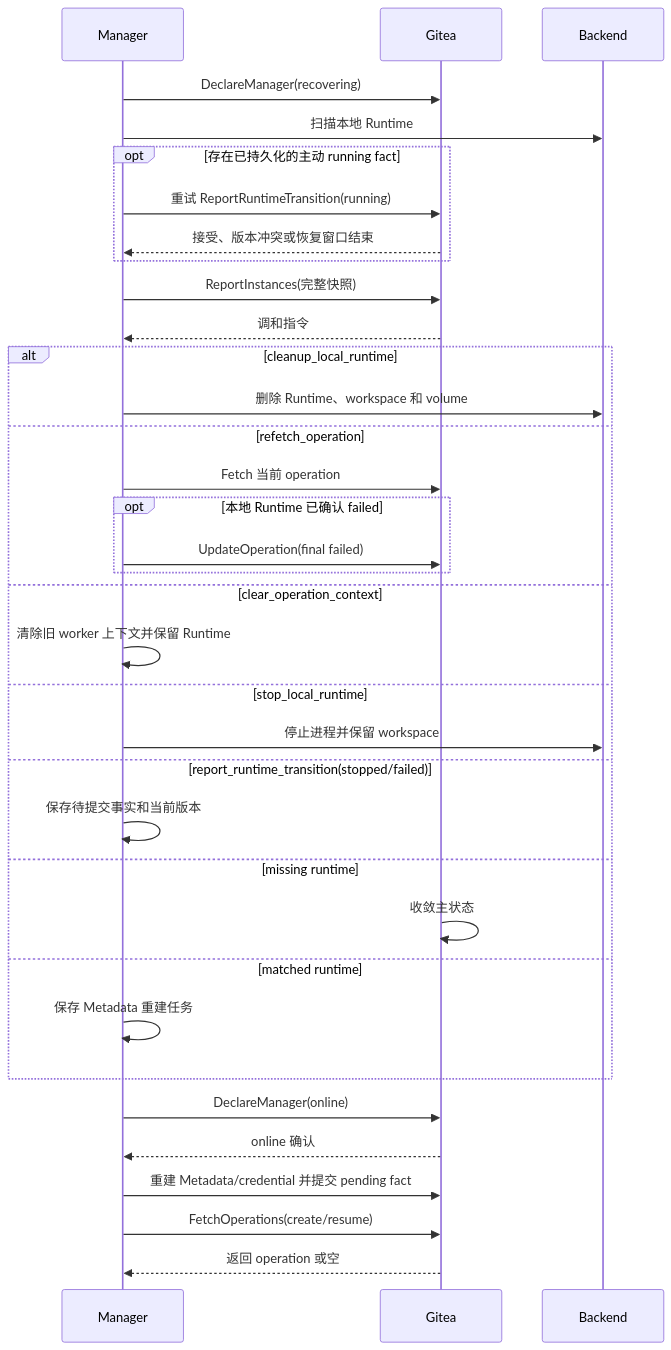
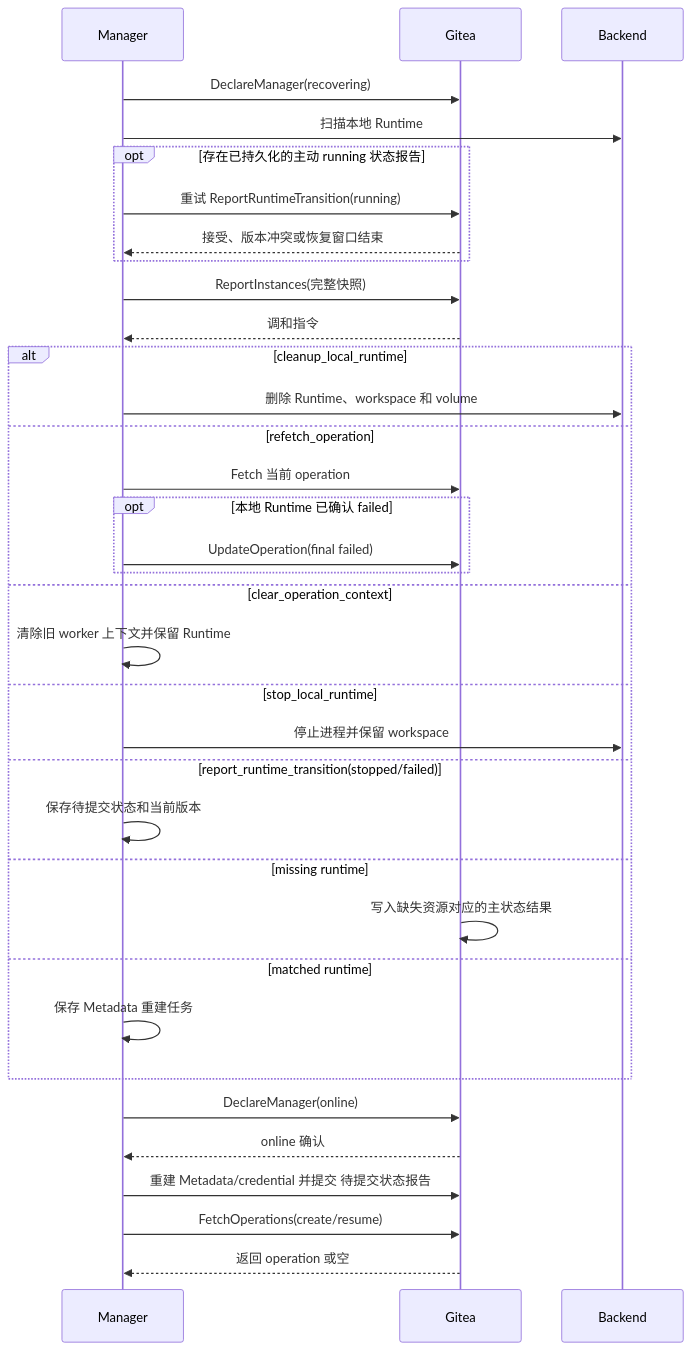
Before and after one commit to ExplodingDragon/gitea-dev: the diagram in src/maintenance-recovery.md, drawn with Mermaid. The commit also changed other lines of this file and 10 other files, not shown here.

````diff
--- a/src/maintenance-recovery.md
+++ b/src/maintenance-recovery.md
@@ -88,38 +88,38 @@
 ```mermaid
 sequenceDiagram
     participant M as Manager
     participant G as Gitea
     participant B as Backend
 
     M->>G: DeclareManager(recovering)
     M->>B: 扫描本地 Runtime
-    opt 存在已持久化的主动 running fact
+    opt 存在已持久化的主动 running 状态报告
         M->>G: 重试 ReportRuntimeTransition(running)
         G-->>M: 接受、版本冲突或恢复窗口结束
     end
     M->>G: ReportInstances(完整快照)
     G-->>M: 调和指令
     alt cleanup_local_runtime
         M->>B: 删除 Runtime、workspace 和 volume
     else refetch_operation
         M->>G: Fetch 当前 operation
         opt 本地 Runtime 已确认 failed
             M->>G: UpdateOperation(final failed)
         end
     else clear_operation_context
         M->>M: 清除旧 worker 上下文并保留 Runtime
     else stop_local_runtime
         M->>B: 停止进程并保留 workspace
     else report_runtime_transition(stopped/failed)
-        M->>M: 保存待提交事实和当前版本
+        M->>M: 保存待提交状态和当前版本
     else missing runtime
-        G->>G: 收敛主状态
+        G->>G: 写入缺失资源对应的主状态结果
     else matched runtime
         M->>M: 保存 Metadata 重建任务
     end
     M->>G: DeclareManager(online)
     G-->>M: online 确认
-    M->>G: 重建 Metadata/credential 并提交 pending fact
+    M->>G: 重建 Metadata/credential 并提交 待提交状态报告
     M->>G: FetchOperations(create/resume)
     G-->>M: 返回 operation 或空
 ```
````
